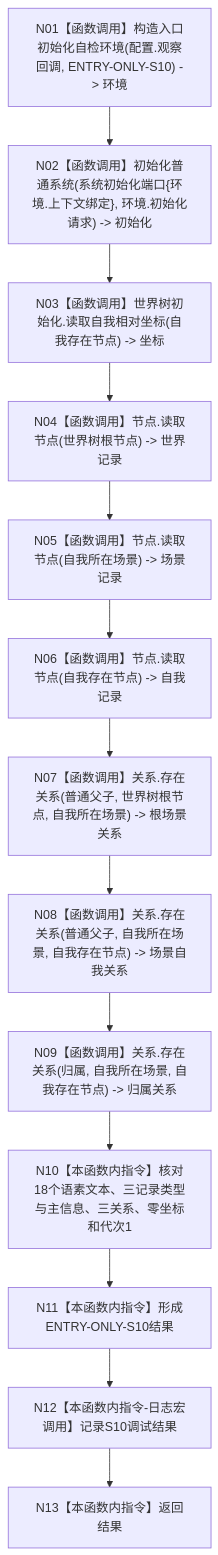
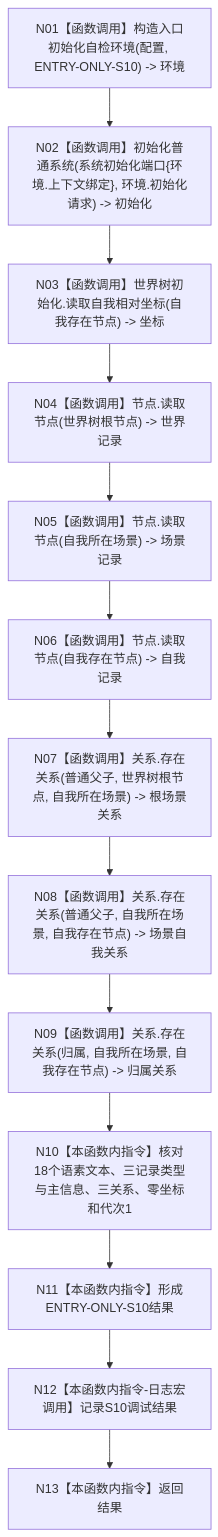
One commit to chunhaizh-cyber/HY-Ego changed the diagram in 流程图/20260726_ENTRY-ONLY_S10_语素与世界树快照读回_施工流程图_v0.1.md. Above: the diagram before and after it, drawn with Mermaid. The commit also changed other lines of this file and 51 other files, not shown here.

Commit message:
修订 ENTRY-ONLY 登记设计合同

````diff
--- a/流程图/20260726_ENTRY-ONLY_S10_语素与世界树快照读回_施工流程图_v0.1.md
+++ b/流程图/20260726_ENTRY-ONLY_S10_语素与世界树快照读回_施工流程图_v0.1.md
@@ -27,15 +27,15 @@
 ```mermaid
 flowchart TD
-    N01["N01【函数调用】构造入口初始化自检环境(配置.观察回调, ENTRY-ONLY-S10) -> 环境"] --> N02["N02【函数调用】初始化普通系统(系统初始化端口{环境.上下文绑定}, 环境.初始化请求) -> 初始化"]
+    N01["N01【函数调用】构造入口初始化自检环境(配置, ENTRY-ONLY-S10) -> 环境"] --> N02["N02【函数调用】初始化普通系统(系统初始化端口{环境.上下文绑定}, 环境.初始化请求) -> 初始化"]
     N02 --> N03["N03【函数调用】世界树初始化.读取自我相对坐标(自我存在节点) -> 坐标"]
     N03 --> N04["N04【函数调用】节点.读取节点(世界树根节点) -> 世界记录"]
     N04 --> N05["N05【函数调用】节点.读取节点(自我所在场景) -> 场景记录"]
     N05 --> N06["N06【函数调用】节点.读取节点(自我存在节点) -> 自我记录"]
     N06 --> N07["N07【函数调用】关系.存在关系(普通父子, 世界树根节点, 自我所在场景) -> 根场景关系"]
     N07 --> N08["N08【函数调用】关系.存在关系(普通父子, 自我所在场景, 自我存在节点) -> 场景自我关系"]
     N08 --> N09["N09【函数调用】关系.存在关系(归属, 自我所在场景, 自我存在节点) -> 归属关系"]
     N09 --> N10["N10【本函数内指令】核对18个语素文本、三记录类型与主信息、三关系、零坐标和代次1"]
     N10 --> N11["N11【本函数内指令】形成ENTRY-ONLY-S10结果"]
     N11 --> N12["N12【本函数内指令-日志宏调用】记录S10调试结果"]
     N12 --> N13["N13【本函数内指令】返回结果"]
 ```
````
